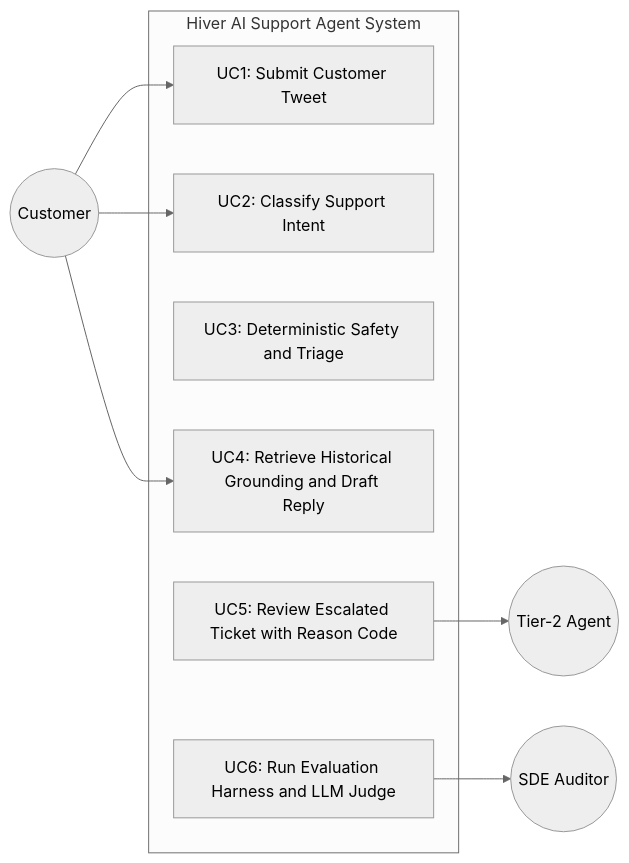
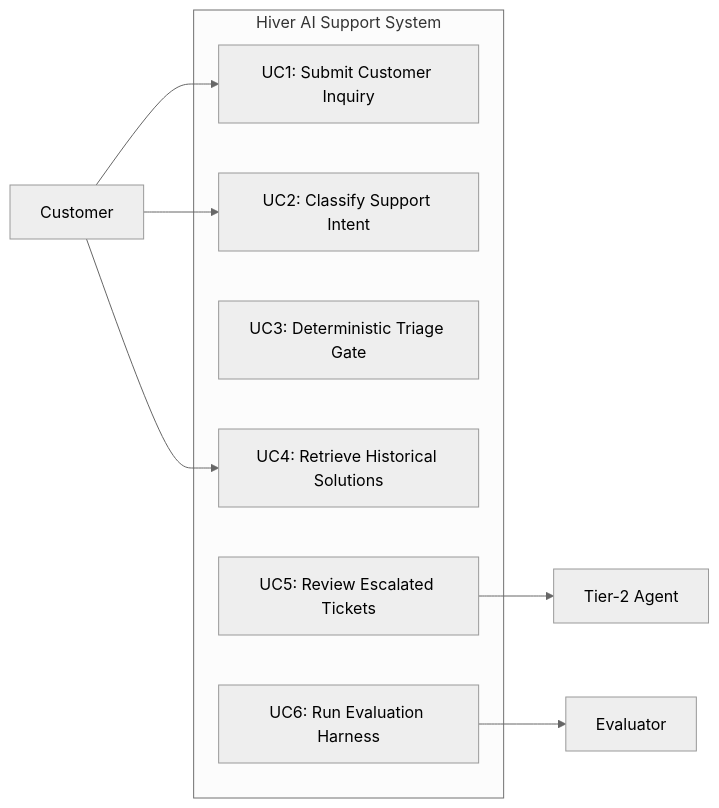
One commit to nanthitha25/hiver_assignment changed the third of 5 diagrams in README.md. Above: the diagram before and after it, drawn with Mermaid (neutral theme). The commit also changed other lines of this file, not shown here.

Commit message:
fix(docs): quote all Mermaid labels and remove unquoted special characters to fix GitHub rich display rendering

````diff
--- a/README.md
+++ b/README.md
@@ -133,21 +133,21 @@
 ```mermaid
 flowchart LR
-    Customer((Customer))
-    Agent((Tier-2 Agent))
-    Auditor((SDE Auditor))
+    Customer["Customer"]
+    Agent["Tier-2 Agent"]
+    Auditor["Evaluator"]
 
-    subgraph System["Hiver AI Support Agent System"]
-        UC1[UC1: Submit Customer Tweet]
-        UC2[UC2: Classify Support Intent]
-        UC3[UC3: Deterministic Safety and Triage]
-        UC4[UC4: Retrieve Historical Grounding and Draft Reply]
-        UC5[UC5: Review Escalated Ticket with Reason Code]
-        UC6[UC6: Run Evaluation Harness and LLM Judge]
+    subgraph System["Hiver AI Support System"]
+        UC1["UC1: Submit Customer Inquiry"]
+        UC2["UC2: Classify Support Intent"]
+        UC3["UC3: Deterministic Triage Gate"]
+        UC4["UC4: Retrieve Historical Solutions"]
+        UC5["UC5: Review Escalated Tickets"]
+        UC6["UC6: Run Evaluation Harness"]
     end
 
     Customer --> UC1
     Customer --> UC2
     Customer --> UC4
     UC5 --> Agent
     UC6 --> Auditor
 ```
````
